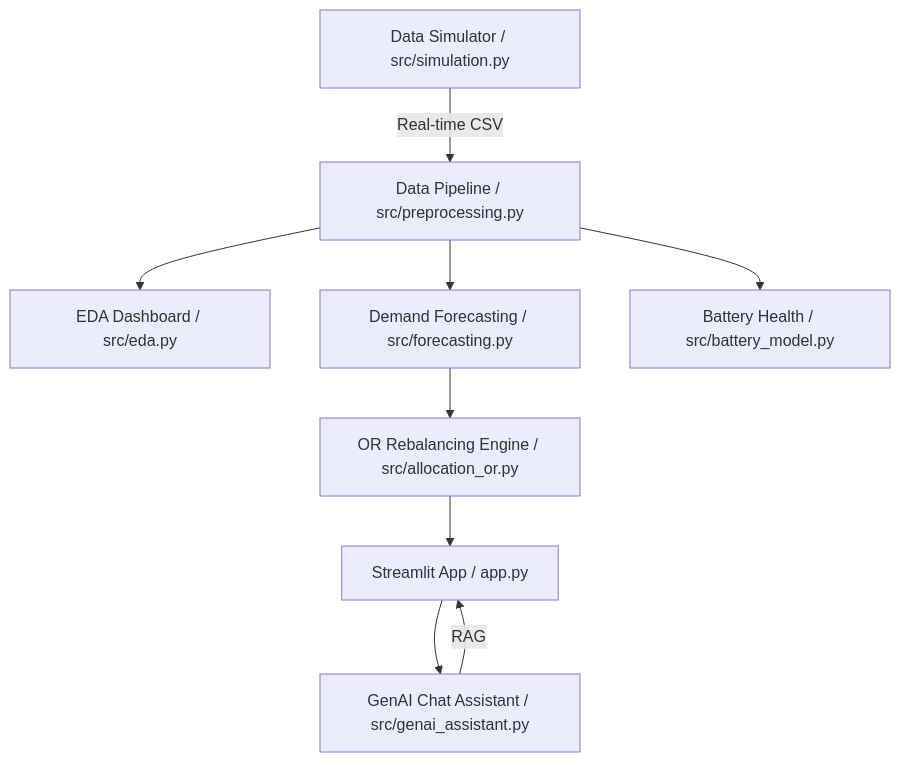
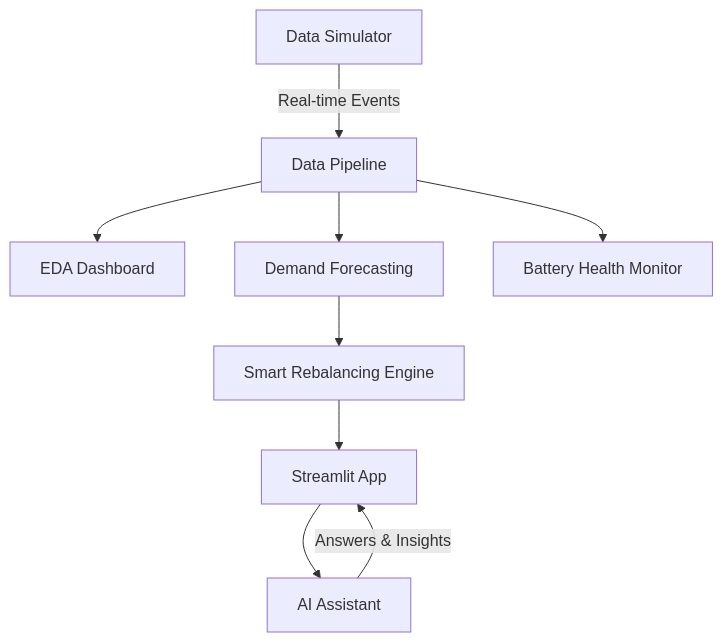
Before and after one commit to Pratik-fr/AI-Driven-EV-Fleet-Optimization-for-Urban-Micro-Mobility: the diagram in README.md, drawn with Mermaid. The commit also changed other lines of this file, not shown here.

````diff
--- a/README.md
+++ b/README.md
@@ -13,11 +15,11 @@
 ```mermaid
 graph TD
-    A[Data Simulator / src/simulation.py] -->|Real-time CSV| B[Data Pipeline / src/preprocessing.py]
-    B --> C[EDA Dashboard / src/eda.py]
-    B --> D[Demand Forecasting / src/forecasting.py]
-    B --> E[Battery Health / src/battery_model.py]
-    D --> F[OR Rebalancing Engine / src/allocation_or.py]
-    F --> G[Streamlit App / app.py]
-    G --> H[GenAI Chat Assistant / src/genai_assistant.py]
-    H -->|RAG| G
+    A[Data Simulator] -->|Real-time Events| B[Data Pipeline]
+    B --> C[EDA Dashboard]
+    B --> D[Demand Forecasting]
+    B --> E[Battery Health Monitor]
+    D --> F[Smart Rebalancing Engine]
+    F --> G[Streamlit App]
+    G --> H[AI Assistant]
+    H -->|Answers & Insights| G
 ```
````
